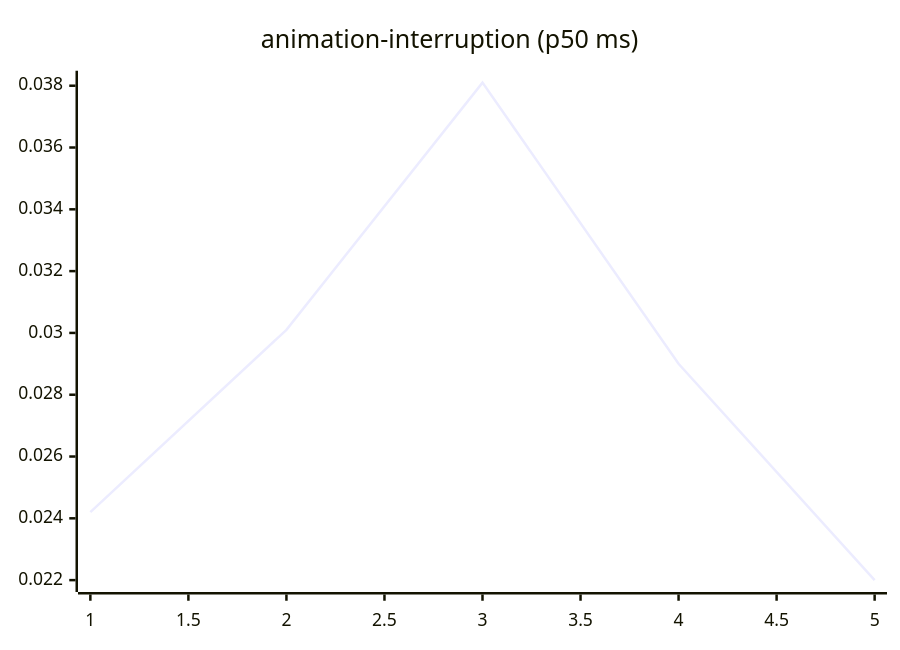
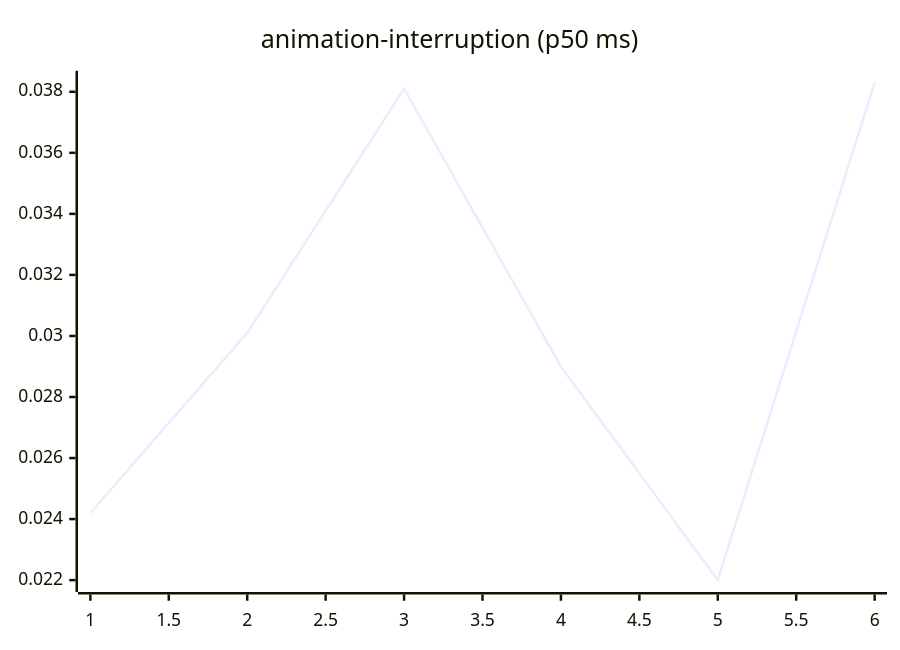
Before and after one commit to josha/Facet: the third of 27 diagrams in README.md, drawn with Mermaid. The commit also changed other lines of this file and 2 other files, not shown here.

````diff
--- a/README.md
+++ b/README.md
@@ -77,6 +77,6 @@
 ```mermaid
 xychart-beta
     title "animation-interruption (p50 ms)"
-    x-axis 1 --> 5
-    line [0.0242, 0.0301, 0.0381, 0.0290, 0.0220]
+    x-axis 1 --> 6
+    line [0.0242, 0.0301, 0.0381, 0.0290, 0.0220, 0.0383]
 ```
````
